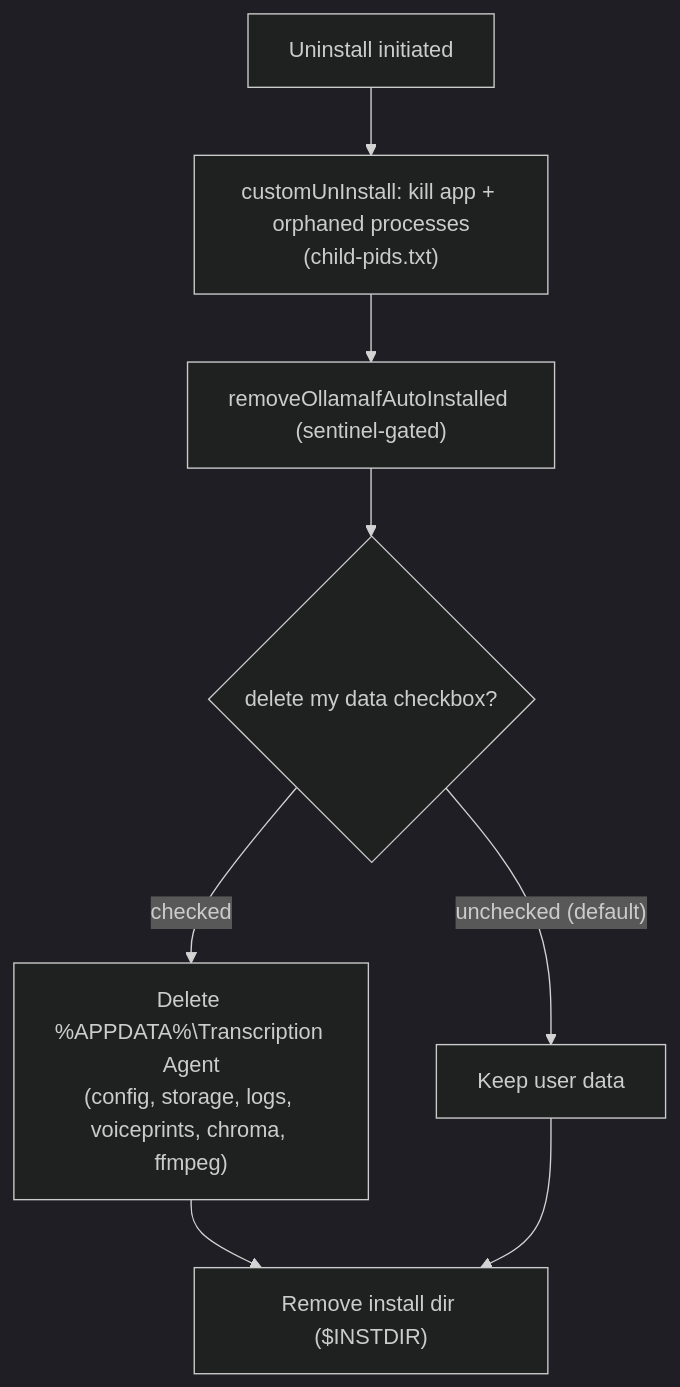
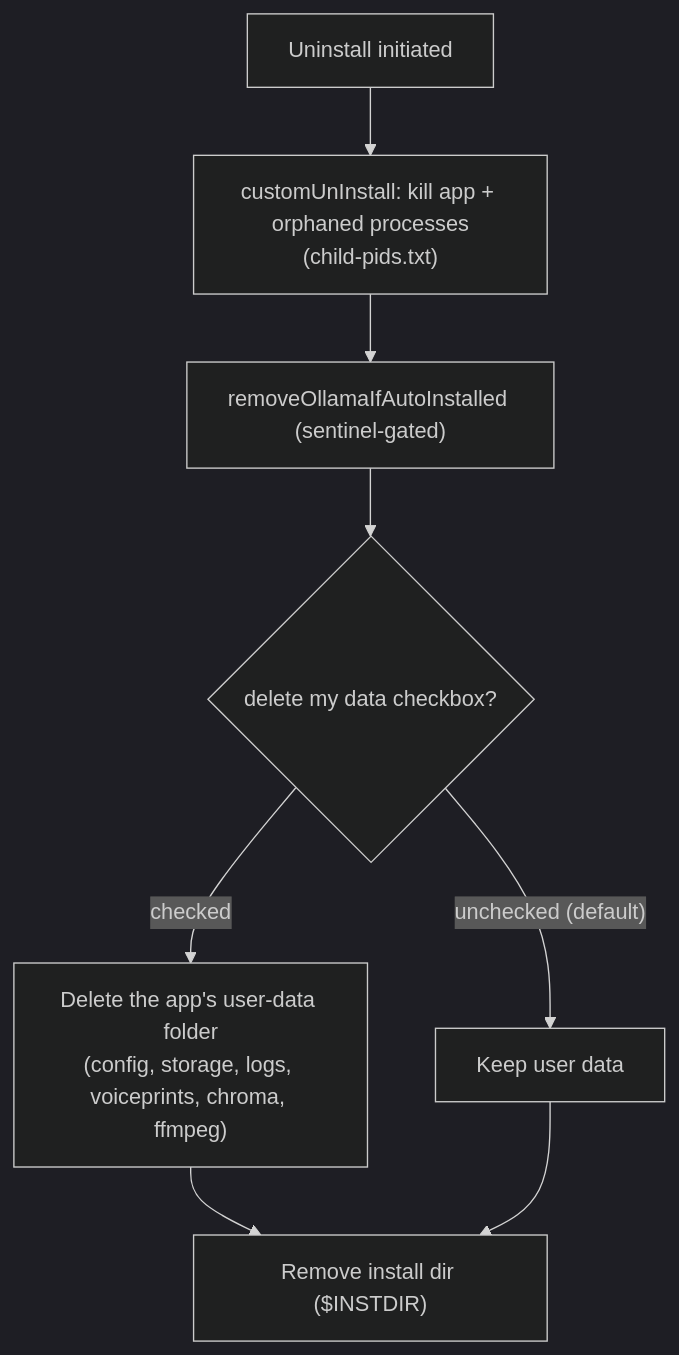
Before and after one commit to afrogenesurvive/ai_transcription_agent: the third of 3 diagrams in docs/windows_install_uninstall_update.md, drawn with Mermaid (dark theme). The commit also changed other lines of this file and 7 other files, not shown here.

````diff
--- a/docs/windows_install_uninstall_update.md
+++ b/docs/windows_install_uninstall_update.md
@@ -324,10 +335,10 @@
 ```mermaid
 flowchart TD
     UN["Uninstall initiated"] --> KILL["customUnInstall: kill app + orphaned processes<br/>(child-pids.txt)"]
     KILL --> OLLAMA["removeOllamaIfAutoInstalled (sentinel-gated)"]
     OLLAMA --> ASK{"delete my data checkbox?"}
-    ASK -->|"checked"| DEL["Delete %APPDATA%\Transcription Agent<br/>(config, storage, logs, voiceprints, chroma, ffmpeg)"]
+    ASK -->|"checked"| DEL["Delete the app's user-data folder<br/>(config, storage, logs, voiceprints, chroma, ffmpeg)"]
     ASK -->|"unchecked (default)"| KEEP["Keep user data"]
     DEL --> REM["Remove install dir ($INSTDIR)"]
     KEEP --> REM
 ```
````
